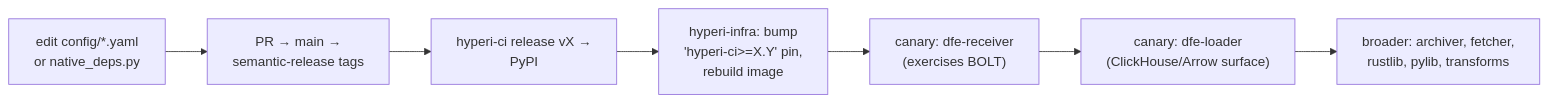
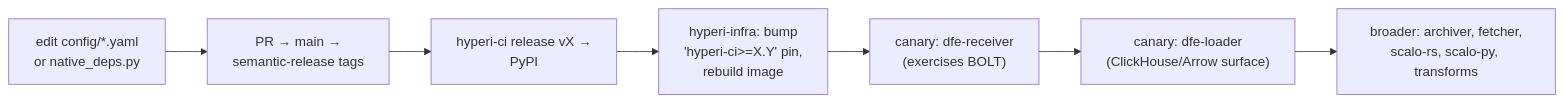
The third of 3 diagrams in docs/runtime/RUNNERS.md (hyperi-io/hyperi-ci), drawn with Mermaid before and after one commit. The commit also changed other lines of this file and 39 other files, not shown here.

First line of the commit message:
fix: migrate to scalo, replace hyperi-pylib dep

````diff
--- a/docs/runtime/RUNNERS.md
+++ b/docs/runtime/RUNNERS.md
@@ -193,9 +193,9 @@
 ```mermaid
 flowchart LR
     E["edit config/*.yaml<br/>or native_deps.py"] --> PR["PR → main →<br/>semantic-release tags"]
     PR --> PUB["hyperi-ci release vX →<br/>PyPI"]
     PUB --> BUMP["hyperi-infra: bump<br/>'hyperi-ci>=X.Y' pin,<br/>rebuild image"]
     BUMP --> C1["canary: dfe-receiver<br/>(exercises BOLT)"]
     C1 --> C2["canary: dfe-loader<br/>(ClickHouse/Arrow surface)"]
-    C2 --> ALL["broader: archiver, fetcher,<br/>rustlib, pylib, transforms"]
+    C2 --> ALL["broader: archiver, fetcher,<br/>scalo-rs, scalo-py, transforms"]
 ```
````
